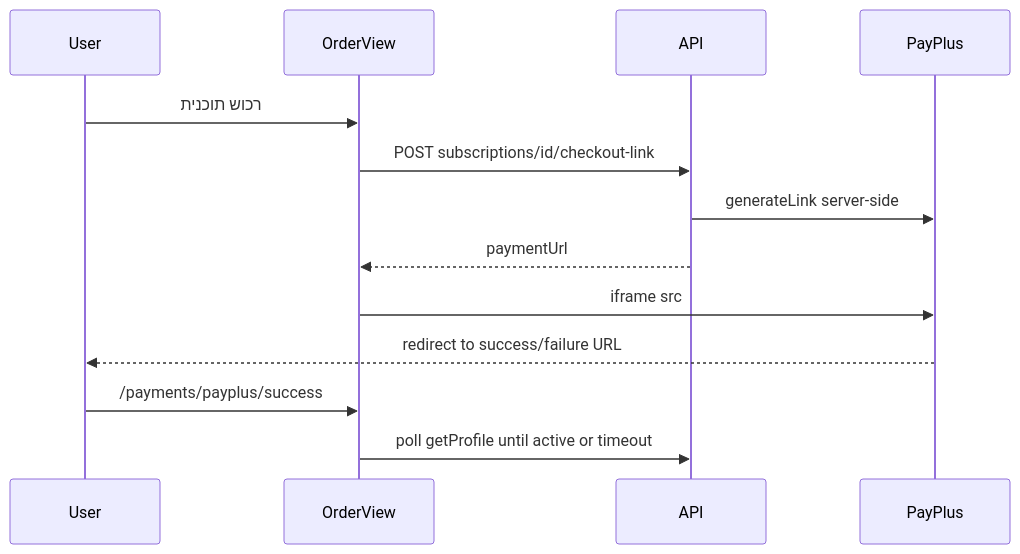
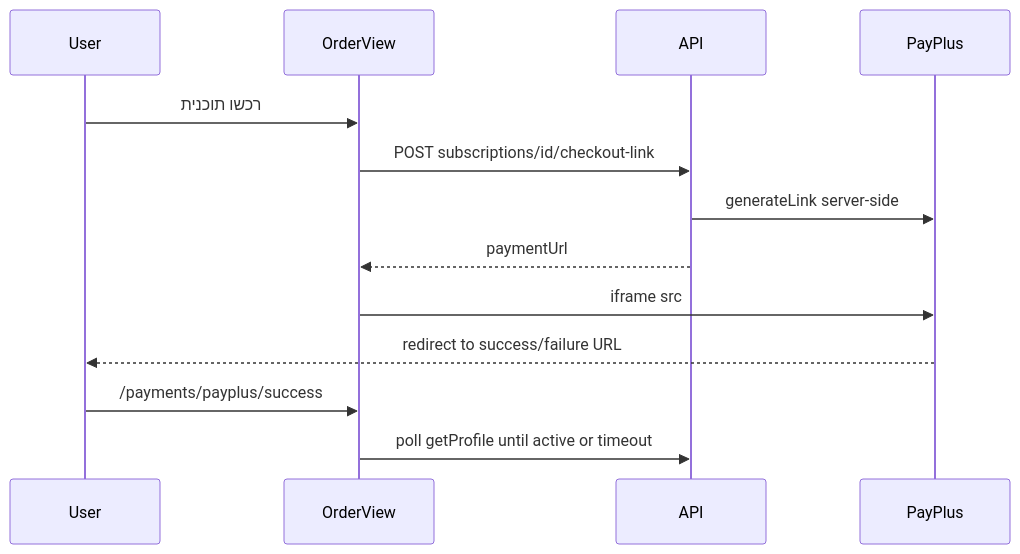
The diagram in .cursor/plans/payplus_fe_integration_b13adfc6.plan.md (albalakg/live-album), drawn with Mermaid before and after one commit. The commit also changed other lines of this file and 19 other files, not shown here.

Commit message:
fix(payment flow): update Hebrew text for purchase buttons and links to ensure consistency across the application

````diff
--- a/.cursor/plans/payplus_fe_integration_b13adfc6.plan.md
+++ b/.cursor/plans/payplus_fe_integration_b13adfc6.plan.md
@@ -42,15 +42,15 @@
 ```mermaid
 sequenceDiagram
   participant User
   participant OrderView
   participant API
   participant PayPlus
-  User->>OrderView: רכוש תוכנית
+  User->>OrderView: רכשו תוכנית
   OrderView->>API: POST subscriptions/id/checkout-link
   API->>PayPlus: generateLink server-side
   API-->>OrderView: paymentUrl
   OrderView->>PayPlus: iframe src
   PayPlus-->>User: redirect to success/failure URL
   User->>OrderView: /payments/payplus/success
   OrderView->>API: poll getProfile until active or timeout
 ```
````
